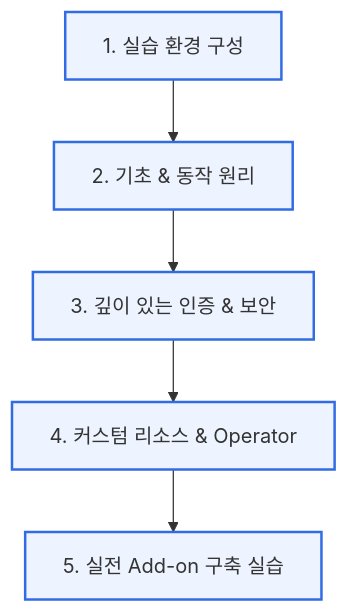
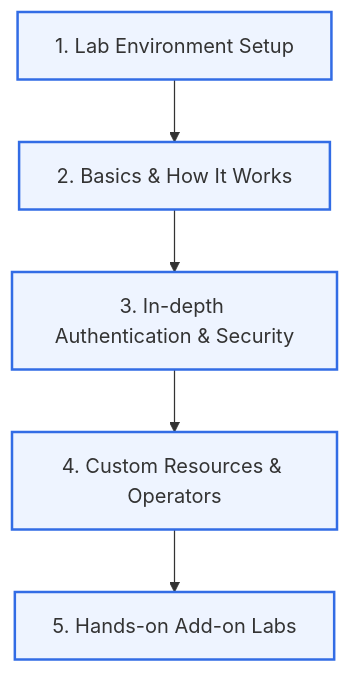
Before and after one commit to jeonck/k8s-adv: the diagram in content/intro/00-introduction.md, drawn with Mermaid. The commit also changed other lines of this file and 223 other files, not shown here.

````diff
--- a/content/intro/00-introduction.md
+++ b/content/intro/00-introduction.md
@@ -15,13 +15,13 @@
 ```mermaid
 graph TD
-    A[1. 실습 환경 구성] --> B[2. 기초 & 동작 원리]
-    B --> C[3. 깊이 있는 인증 & 보안]
-    C --> D[4. 커스텀 리소스 & Operator]
-    D --> E[5. 실전 Add-on 구축 실습]
+    A["1. Lab Environment Setup"] --> B["2. Basics & How It Works"]
+    B --> C["3. In-depth Authentication & Security"]
+    C --> D["4. Custom Resources & Operators"]
+    D --> E["5. Hands-on Add-on Labs"]
 
     style A fill:#eef4ff,stroke:#326ce5,stroke-width:2px;
     style B fill:#eef4ff,stroke:#326ce5,stroke-width:2px;
     style C fill:#eef4ff,stroke:#326ce5,stroke-width:2px;
     style D fill:#eef4ff,stroke:#326ce5,stroke-width:2px;
     style E fill:#eef4ff,stroke:#326ce5,stroke-width:2px;
 ```
````
